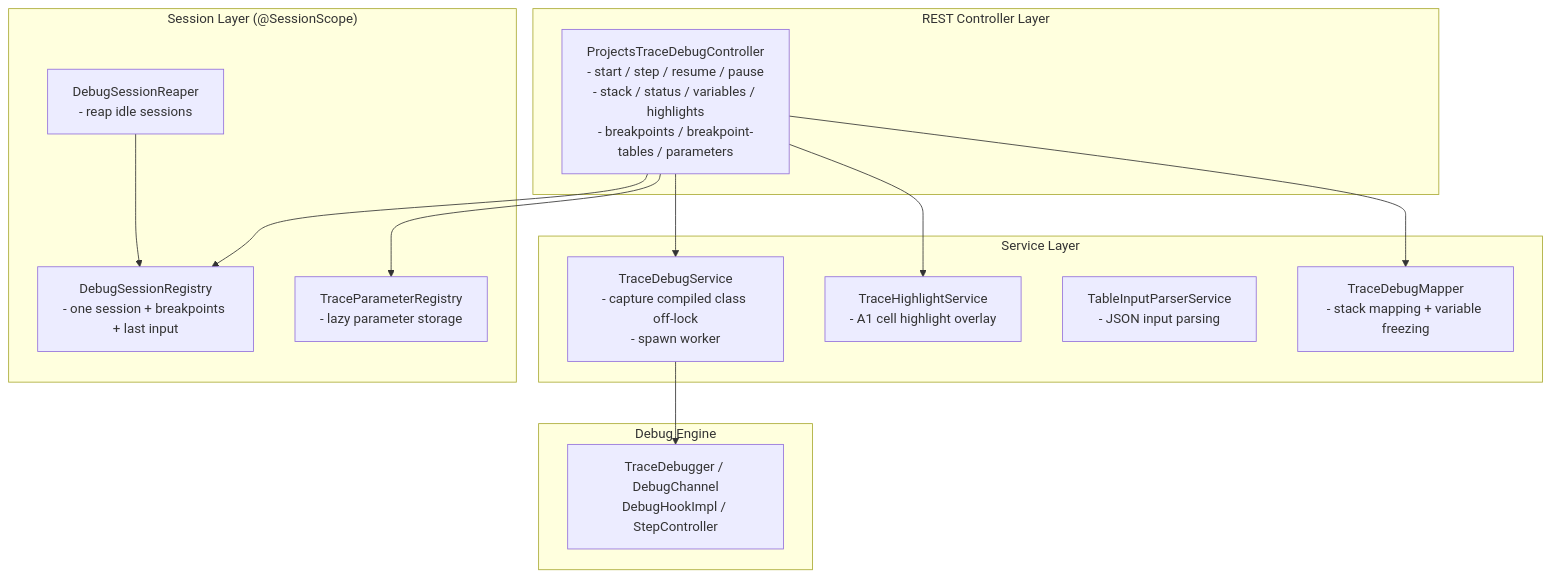
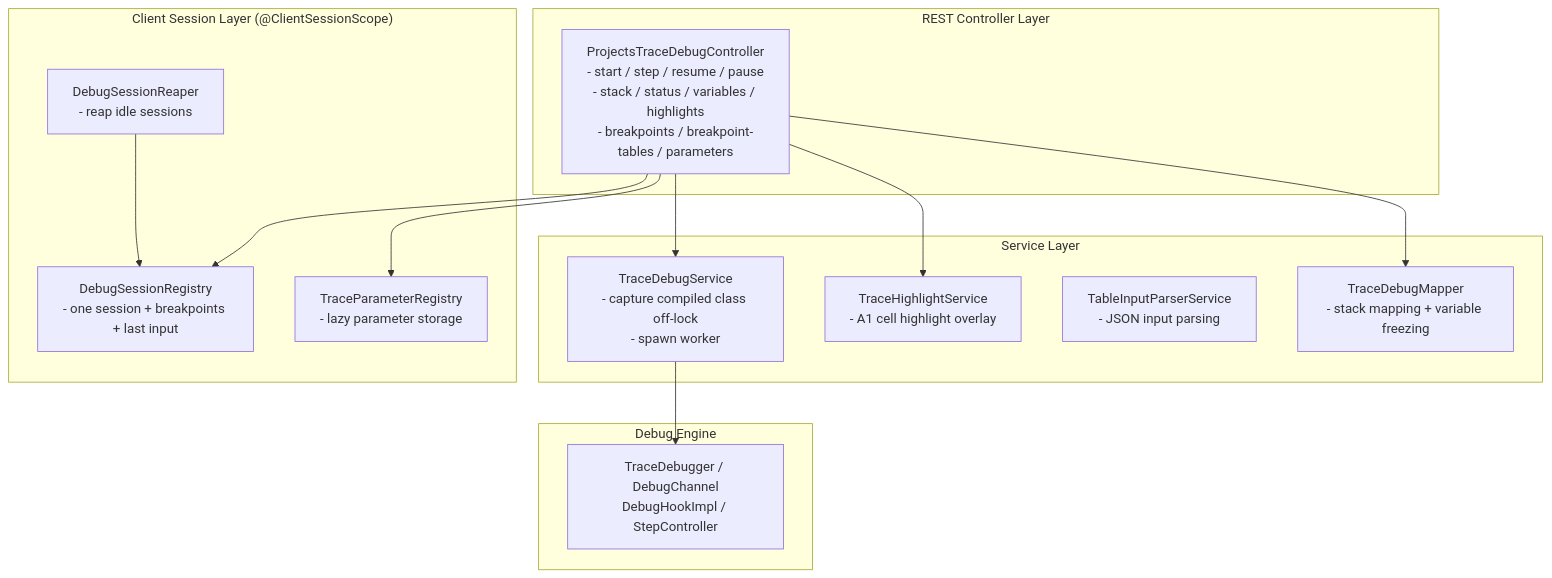
Before and after one commit to openl-tablets/openl-tablets: the first of 2 diagrams in Docs/api/projects-trace-api.md, drawn with Mermaid. The commit also changed other lines of this file and 85 other files, not shown here.

````diff
--- a/Docs/api/projects-trace-api.md
+++ b/Docs/api/projects-trace-api.md
@@ -68,27 +68,27 @@
 ```mermaid
 flowchart TB
     subgraph REST["REST Controller Layer"]
         C["ProjectsTraceDebugController<br/>- start / step / resume / pause<br/>- stack / status / variables / highlights<br/>- breakpoints / breakpoint-tables / parameters"]
     end
     subgraph SERVICE["Service Layer"]
         S1["TraceDebugService<br/>- capture compiled class off-lock<br/>- spawn worker"]
         S2["TraceHighlightService<br/>- A1 cell highlight overlay"]
         S3["TableInputParserService<br/>- JSON input parsing"]
         M["TraceDebugMapper<br/>- stack mapping + variable freezing"]
     end
-    subgraph SESSION["Session Layer (@SessionScope)"]
+    subgraph SESSION["Client Session Layer (@ClientSessionScope)"]
         R1["DebugSessionRegistry<br/>- one session + breakpoints + last input"]
         R2["TraceParameterRegistry<br/>- lazy parameter storage"]
         R3["DebugSessionReaper<br/>- reap idle sessions"]
     end
     subgraph ENGINE["Debug Engine"]
         D["TraceDebugger / DebugChannel<br/>DebugHookImpl / StepController"]
     end
     C --> S1
     C --> S2
     C --> M
     C --> R1
     C --> R2
     S1 --> D
     R3 --> R1
 ```
````
